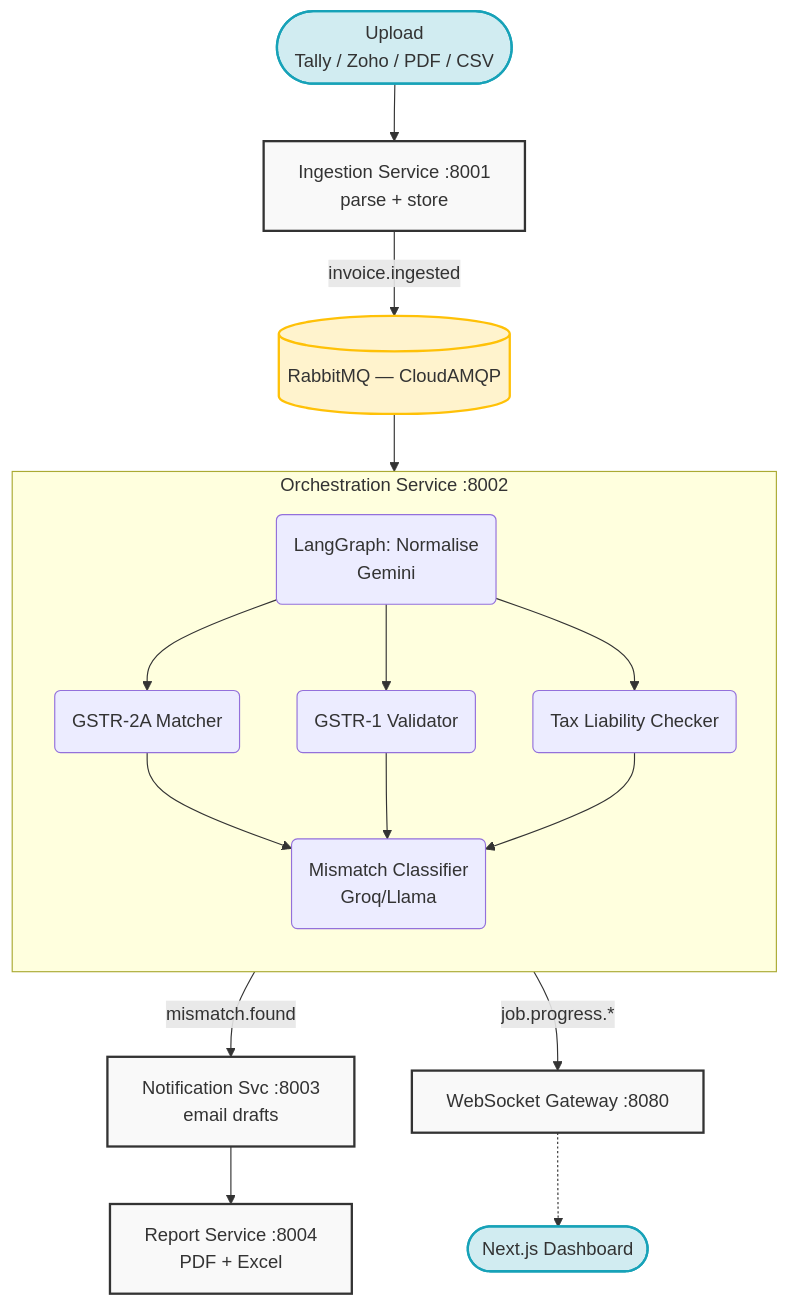
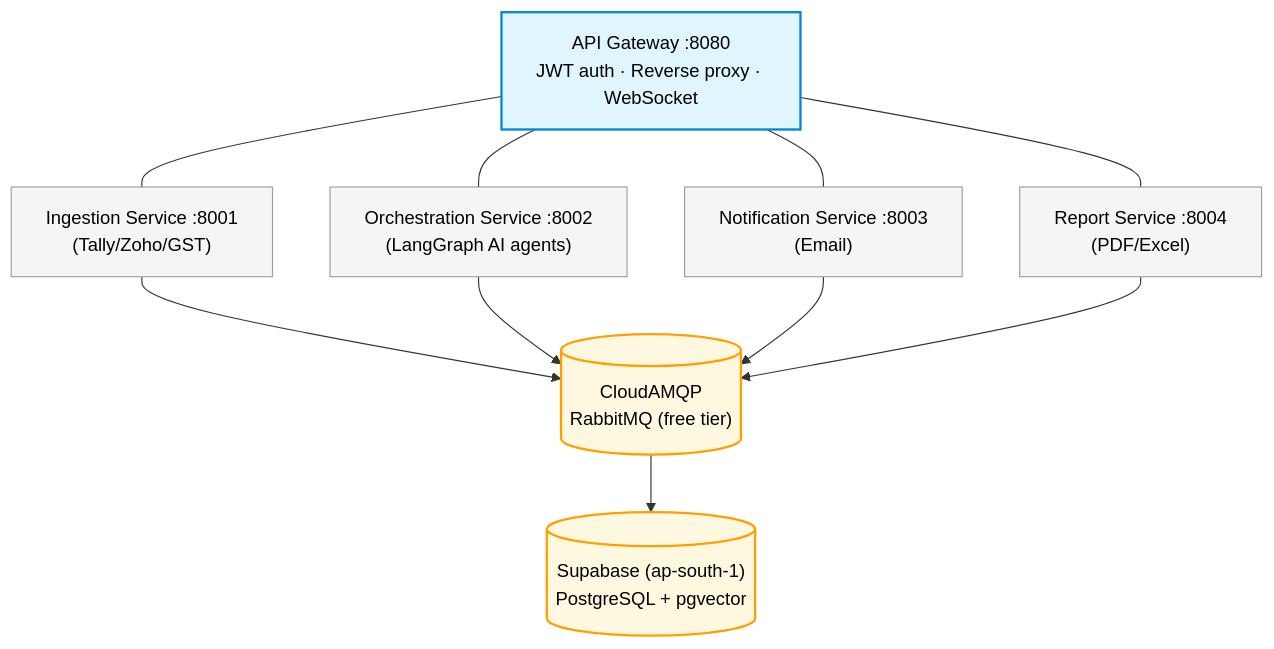
The first of 2 diagrams in README.md (suryatejabatchu08/GST-Reconciliation-Agent), drawn with Mermaid before and after one commit. The commit also changed other lines of this file, not shown here.

````diff
--- a/README.md
+++ b/README.md
@@ -19,24 +19,17 @@
 ```mermaid
 flowchart TD
-    %% Define Styles
-    classDef service fill:#f9f9f9,stroke:#333,stroke-width:2px;
-    classDef broker fill:#fff3cd,stroke:#ffc107,stroke-width:2px;
-    classDef client fill:#d1ecf1,stroke:#17a2b8,stroke-width:2px;
-
-    Upload([Upload<br/>Tally / Zoho / PDF / CSV]):::client --> Ingestion[Ingestion Service :8001<br/>parse + store]:::service
-    Ingestion -- invoice.ingested --> RabbitMQ[(RabbitMQ — CloudAMQP)]:::broker
-    RabbitMQ --> Orchestration
+    %% Styling
+    classDef gateway fill:#e1f5fe,stroke:#0288d1,stroke-width:2px,color:#000;
+    classDef service fill:#f5f5f5,stroke:#9e9e9e,stroke-width:1px,color:#000;
+    classDef infra fill:#fff8e1,stroke:#ffa000,stroke-width:2px,color:#000;
     
-    subgraph Orchestration [Orchestration Service :8002]
-        direction TB
-        Norm(LangGraph: Normalise<br/>Gemini) --> Matcher(GSTR-2A Matcher)
-        Norm --> Validator(GSTR-1 Validator)
-        Norm --> Checker(Tax Liability Checker)
-        Matcher & Validator & Checker --> Classifier(Mismatch Classifier<br/>Groq/Llama)
-    end
+    Gateway["API Gateway :8080<br/>JWT auth · Reverse proxy · WebSocket"]:::gateway
     
-    Classifier -- mismatch.found --> Notification[Notification Svc :8003<br/>email drafts]:::service
-    Classifier -- job.progress.* --> Gateway[WebSocket Gateway :8080]:::service
-    Gateway -.-> Dashboard([Next.js Dashboard]):::client
-    Notification --> Report[Report Service :8004<br/>PDF + Excel]:::service
+    Gateway --- Ingestion["Ingestion Service :8001<br/>(Tally/Zoho/GST)"]:::service
+    Gateway --- Orchestration["Orchestration Service :8002<br/>(LangGraph AI agents)"]:::service
+    Gateway --- Notification["Notification Service :8003<br/>(Email)"]:::service
+    Gateway --- Report["Report Service :8004<br/>(PDF/Excel)"]:::service
+    
+    Ingestion & Orchestration & Notification & Report --> RabbitMQ[("CloudAMQP<br/>RabbitMQ (free tier)")]:::infra
+    RabbitMQ --> Supabase[("Supabase (ap-south-1)<br/>PostgreSQL + pgvector")]:::infra
 ```
````
